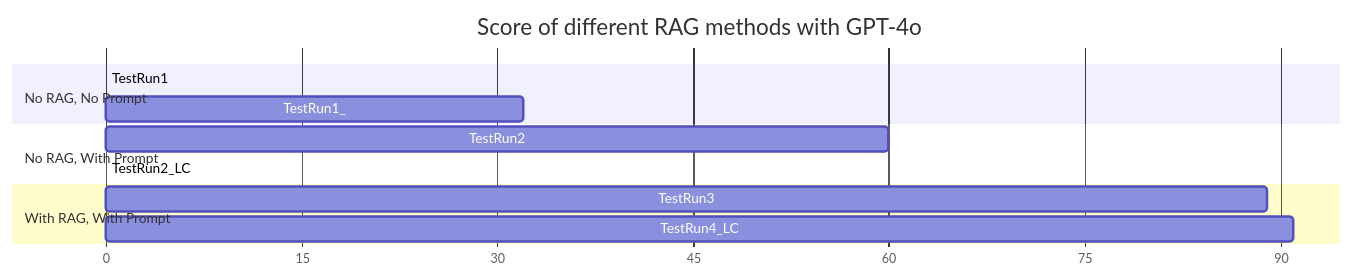
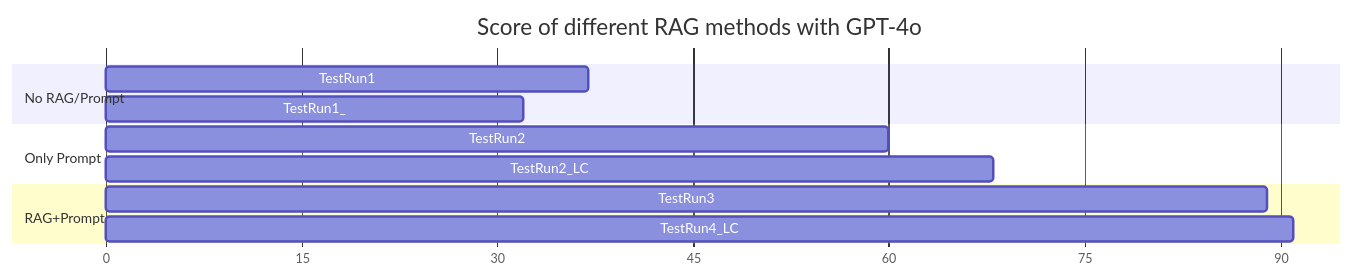
The first of 2 diagrams in README.md (Georgetown-MDI-Beeck-Collaboration/p2c2024-RAG-benchmark), drawn with Mermaid before and after one commit. The commit also changed other lines of this file, not shown here.

````diff
--- a/README.md
+++ b/README.md
@@ -20,18 +20,16 @@
 ```mermaid
 gantt
     title Score of different RAG methods with GPT-4o
     dateFormat  X
     axisFormat %s
 
-    section No RAG, No Prompt
-    TestRun1         : 0, 36.5
+    section No RAG/Prompt
+    TestRun1         : 0, 37
     TestRun1_        : 0, 32
-
-    section No RAG, With Prompt
+    section Only Prompt
     TestRun2         : 0, 60
-    TestRun2_LC      : 0, 67.5
-
-    section With RAG, With Prompt
+    TestRun2_LC      : 0, 68
+    section RAG+Prompt
     TestRun3         : 0, 89
     TestRun4_LC      : 0, 91
 ```
````
